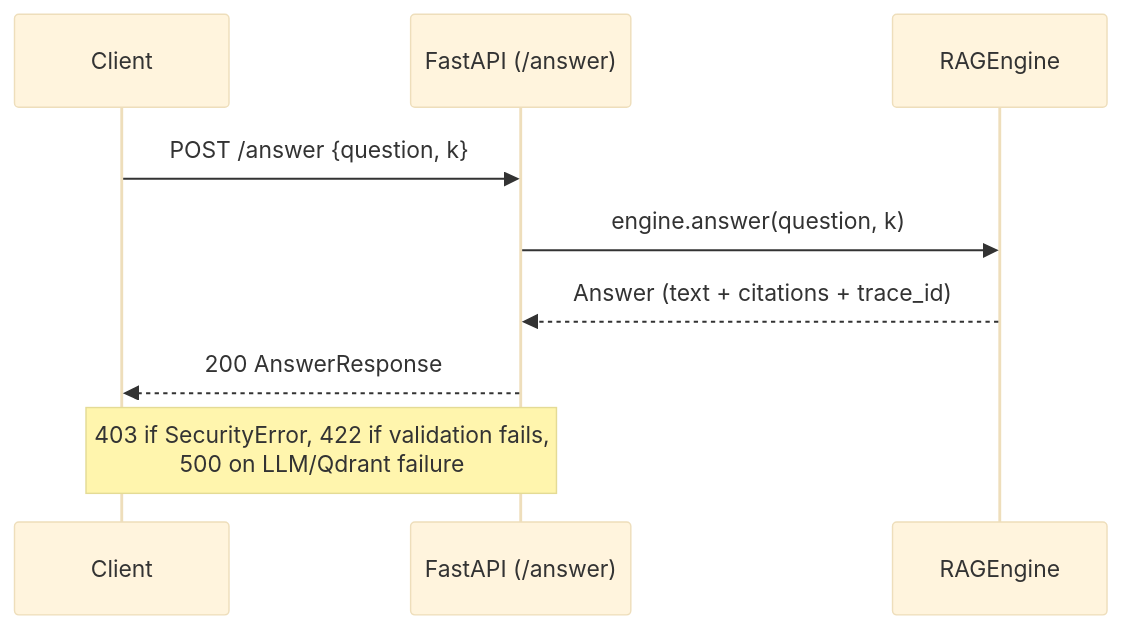
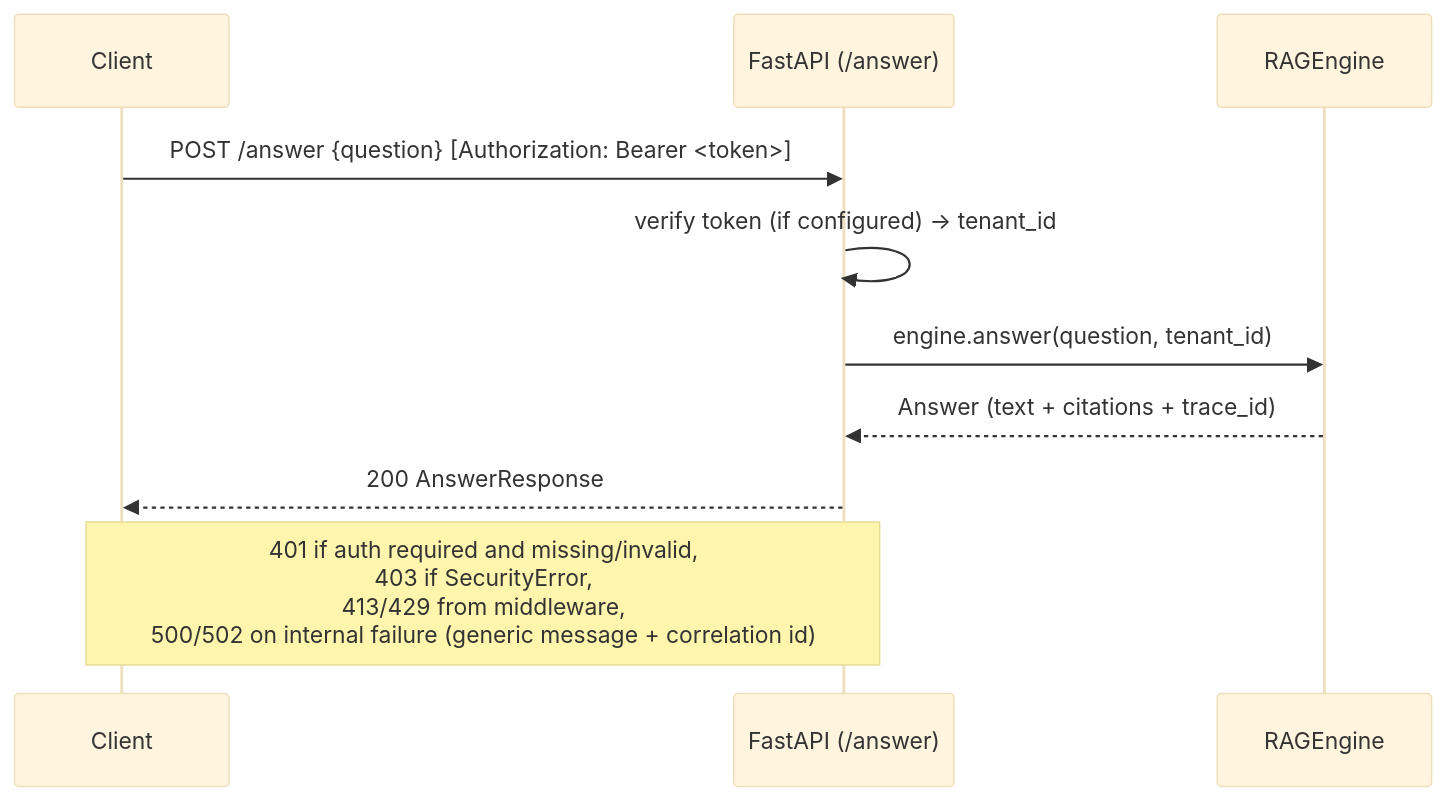
The diagram in docs/api/rest.md (HerbertGourout/modular-rag-framework), drawn with Mermaid before and after one commit. The commit also changed other lines of this file and 11 other files, not shown here.

````diff
--- a/docs/api/rest.md
+++ b/docs/api/rest.md
@@ -58,13 +93,14 @@
 ```mermaid
 %%{init: {"theme": "base"}}%%
 sequenceDiagram
     participant C as Client
     participant API as FastAPI (/answer)
     participant E as RAGEngine
 
-    C->>API: POST /answer {question, k}
-    API->>E: engine.answer(question, k)
+    C->>API: POST /answer {question} [Authorization: Bearer <token>]
+    API->>API: verify token (if configured) -> tenant_id
+    API->>E: engine.answer(question, tenant_id)
     E-->>API: Answer (text + citations + trace_id)
     API-->>C: 200 AnswerResponse
-    Note over API,C: 403 if SecurityError, 422 if validation fails,<br/>500 on LLM/Qdrant failure
+    Note over API,C: 401 if auth required and missing/invalid,<br/>403 if SecurityError,<br/>413/429 from middleware,<br/>500/502 on internal failure (generic message + correlation id)
 ```
````
